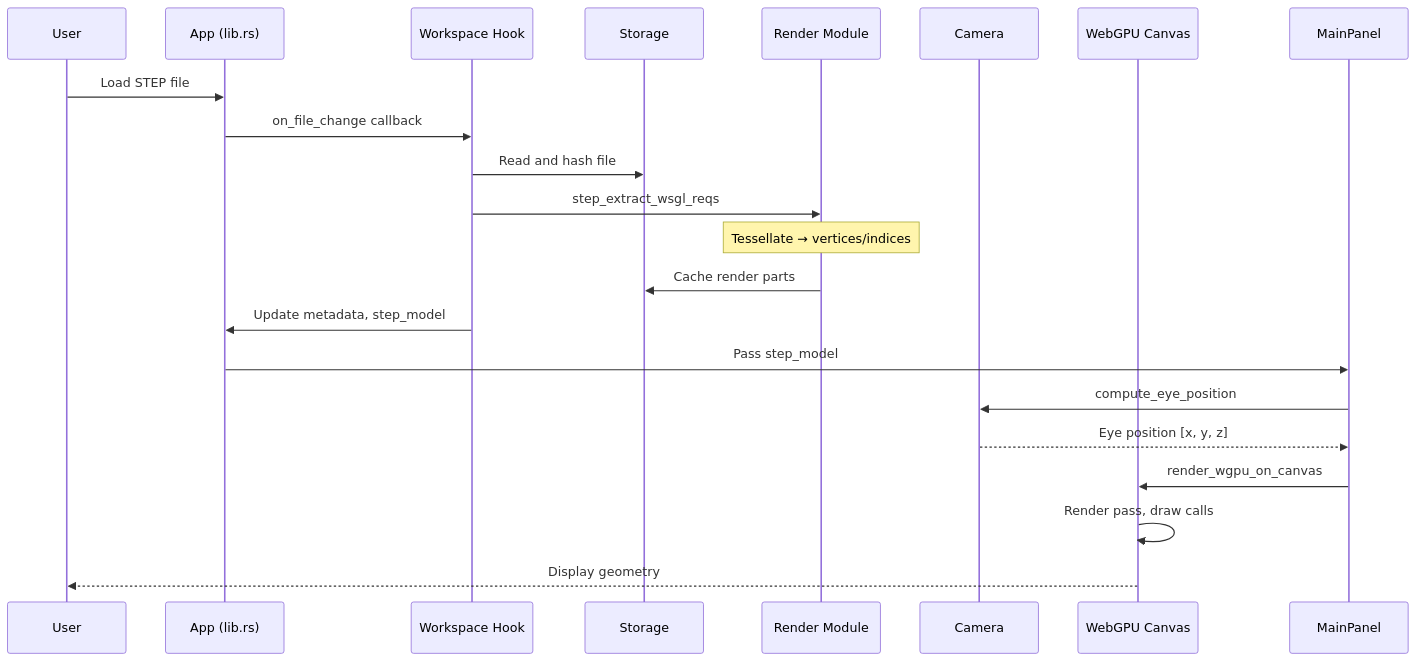
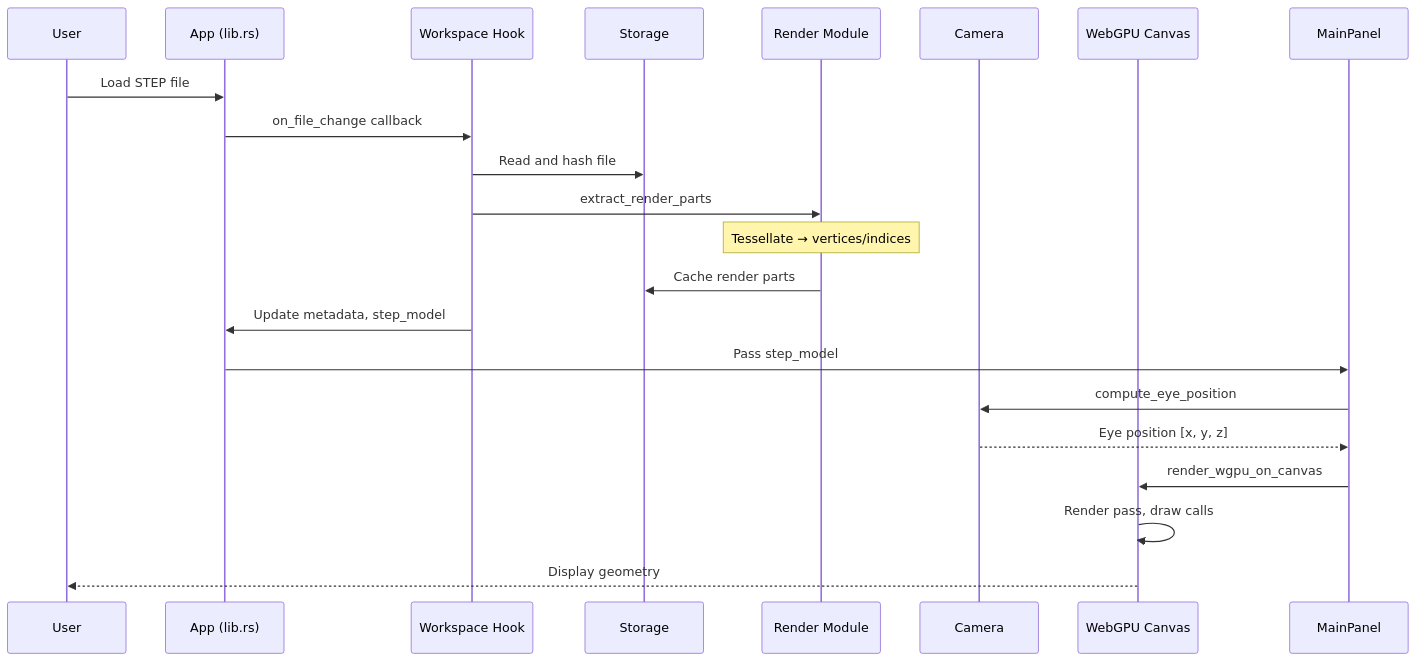
The diagram in README.md (mtb0x1/stepvisualizer), drawn with Mermaid before and after one commit. The commit also changed 4 other files, not shown here.

Commit message:
refactor: rename step_extract_wsgl_reqs to extract_render_parts

````diff
--- a/README.md
+++ b/README.md
@@ -26,24 +26,24 @@
 ```mermaid
 sequenceDiagram
     participant User
     participant App as App (lib.rs)
     participant Workspace as Workspace Hook
     participant Storage as Storage
     participant Render as Render Module
     participant Camera as Camera
     participant Canvas as WebGPU Canvas
 
     User->>App: Load STEP file
     App->>Workspace: on_file_change callback
     Workspace->>Storage: Read and hash file
-    Workspace->>Render: step_extract_wsgl_reqs
+    Workspace->>Render: extract_render_parts
     Note over Render: Tessellate → vertices/indices
     Render->>Storage: Cache render parts
     Workspace->>App: Update metadata, step_model
     App->>MainPanel: Pass step_model
     MainPanel->>Camera: compute_eye_position
     Camera-->>MainPanel: Eye position [x, y, z]
     MainPanel->>Canvas: render_wgpu_on_canvas
     Canvas->>Canvas: Render pass, draw calls
     Canvas-->>User: Display geometry
 ```
````
